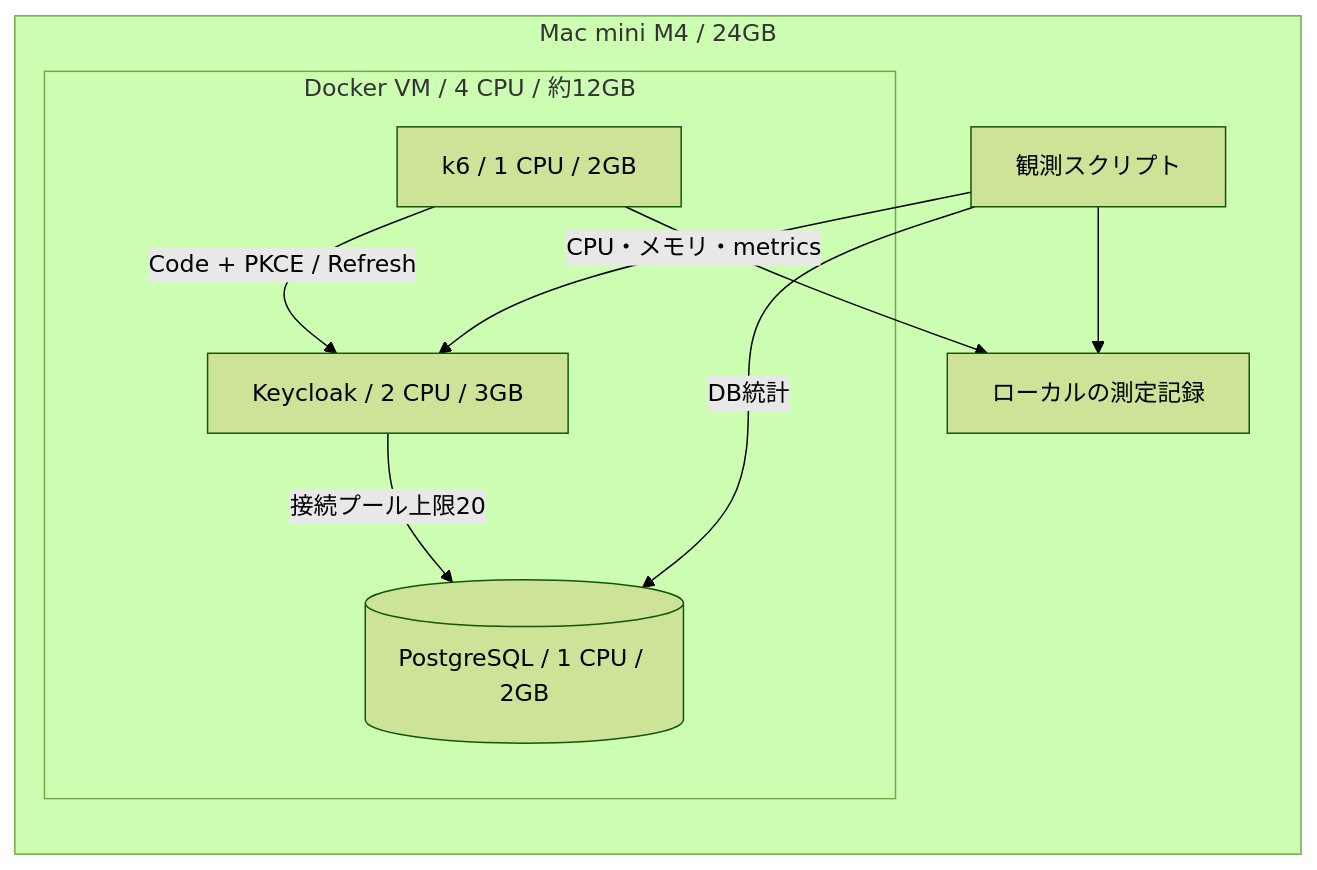
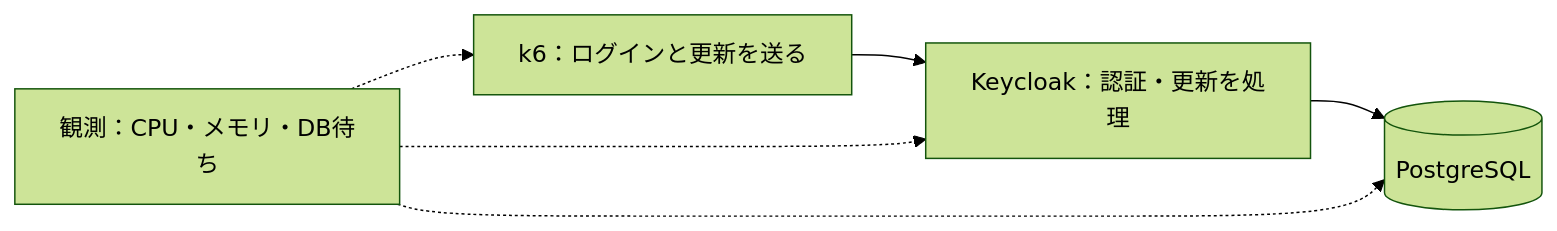
One commit to higuuu/oidc-load-lab changed the first of 3 diagrams in article/qiita.md. Above: the diagram before and after it, drawn with Mermaid (forest theme). The commit also changed other lines of this file and 6 other files, not shown here.

````diff
--- a/article/qiita.md
+++ b/article/qiita.md
@@ -37,18 +50,8 @@
 ```mermaid
 flowchart LR
-    subgraph MAC[Mac mini M4 / 24GB]
-        OBS[観測スクリプト]
-        OUT[ローカルの測定記録]
-        subgraph VM[Docker VM / 4 CPU / 約12GB]
-            K6[k6 / 1 CPU / 2GB]
-            KC[Keycloak / 2 CPU / 3GB]
-            PG[(PostgreSQL / 1 CPU / 2GB)]
-            K6 -->|Code + PKCE / Refresh| KC
-            KC -->|接続プール上限20| PG
-        end
-        OBS -->|CPU・メモリ・metrics| KC
-        OBS -->|DB統計| PG
-        OBS --> OUT
-        K6 --> OUT
-    end
+    K6["k6：ログインと更新を送る"] --> KC["Keycloak：認証・更新を処理"]
+    KC --> DB[(PostgreSQL)]
+    OBS["観測：CPU・メモリ・DB待ち"] -.-> K6
+    OBS -.-> KC
+    OBS -.-> DB
 ```
````
